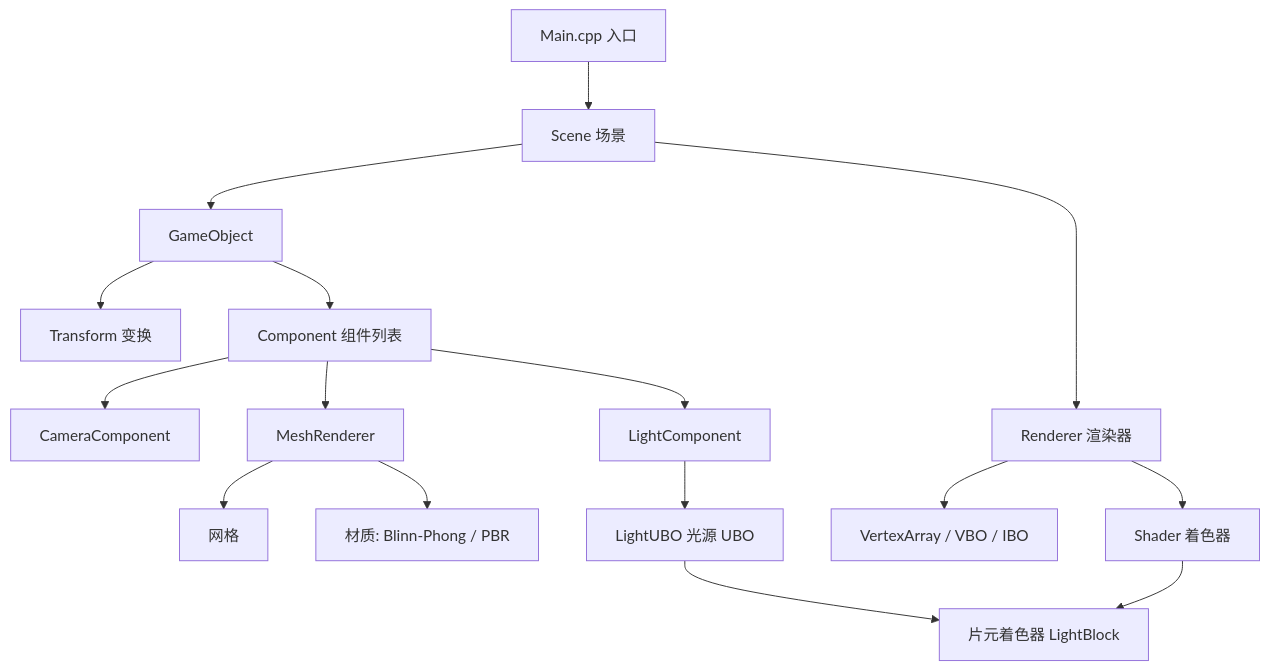
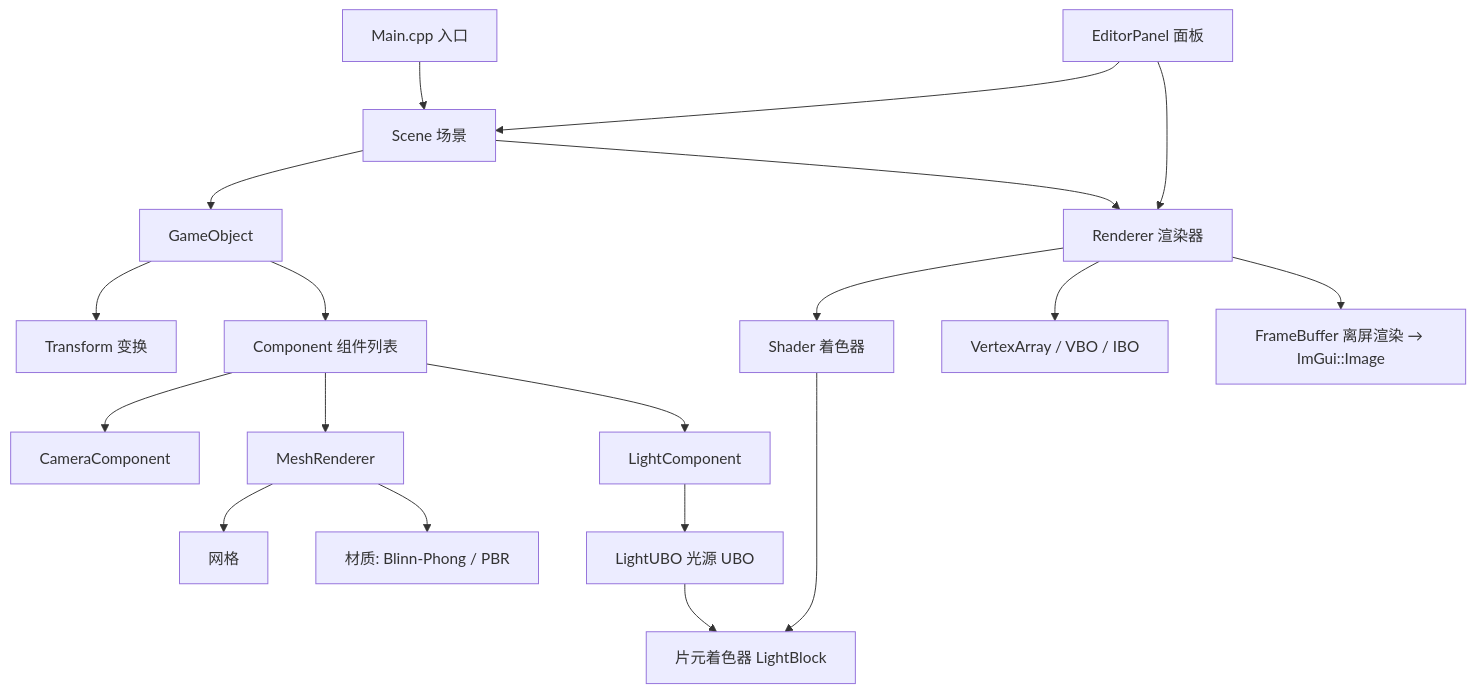
Before and after one commit to MapleLeaf-a/OpenGL: the diagram in README.md, drawn with Mermaid. The commit also changed other lines of this file and 4 other files, not shown here.

````diff
--- a/README.md
+++ b/README.md
@@ -203,18 +212,21 @@
 ```mermaid
 graph TD
     Main[Main.cpp 入口] --> Scene[Scene 场景]
     Scene --> GO[GameObject]
     GO --> Transform[Transform 变换]
     GO --> Components[Component 组件列表]
     Components --> Camera[CameraComponent]
     Components --> MeshRenderer[MeshRenderer]
     Components --> LightComp[LightComponent]
     MeshRenderer --> Mesh[网格]
     MeshRenderer --> Material[材质: Blinn-Phong / PBR]
     Scene --> Renderer[Renderer 渲染器]
     Renderer --> Shader[Shader 着色器]
     Renderer --> VAO[VertexArray / VBO / IBO]
     LightComp --> LightUBO[LightUBO 光源 UBO]
     LightUBO --> Frag[片元着色器 LightBlock]
     Shader --> Frag
+    Editor[EditorPanel 面板] --> Scene
+    Editor --> Renderer
+    Renderer --> FBO[FrameBuffer 离屏渲染 → ImGui::Image]
 ```
````
